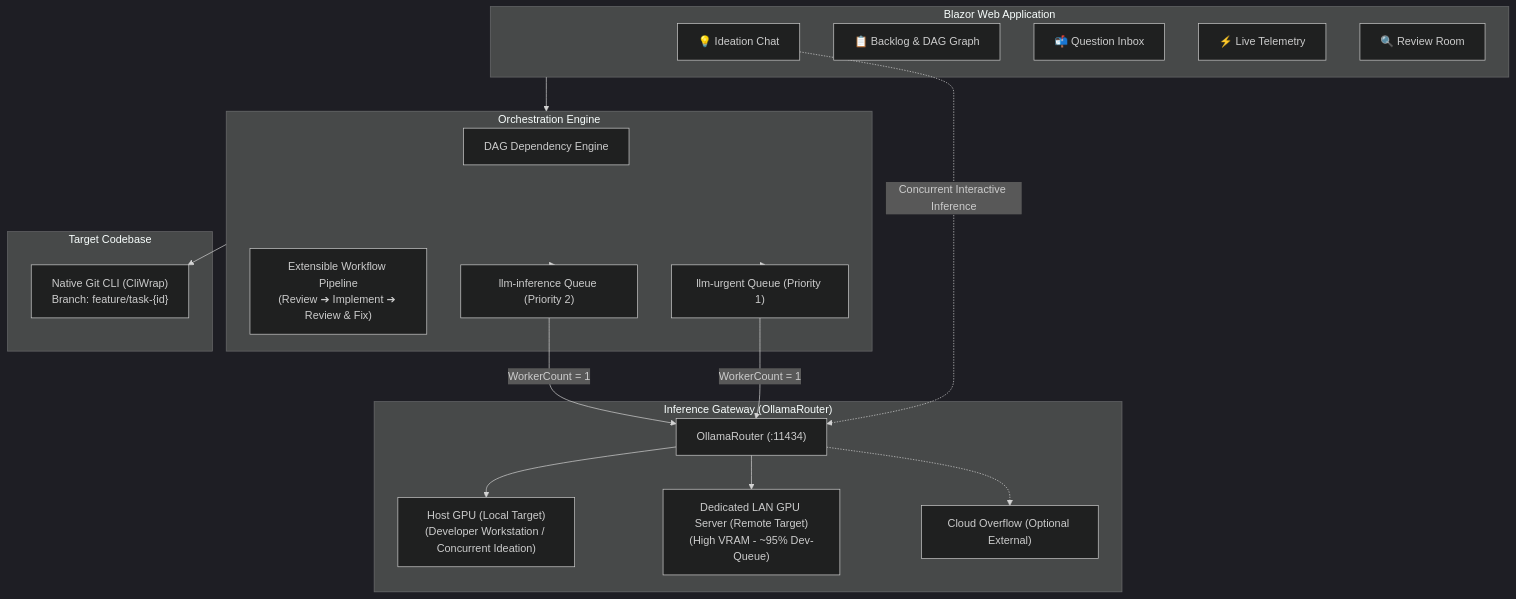
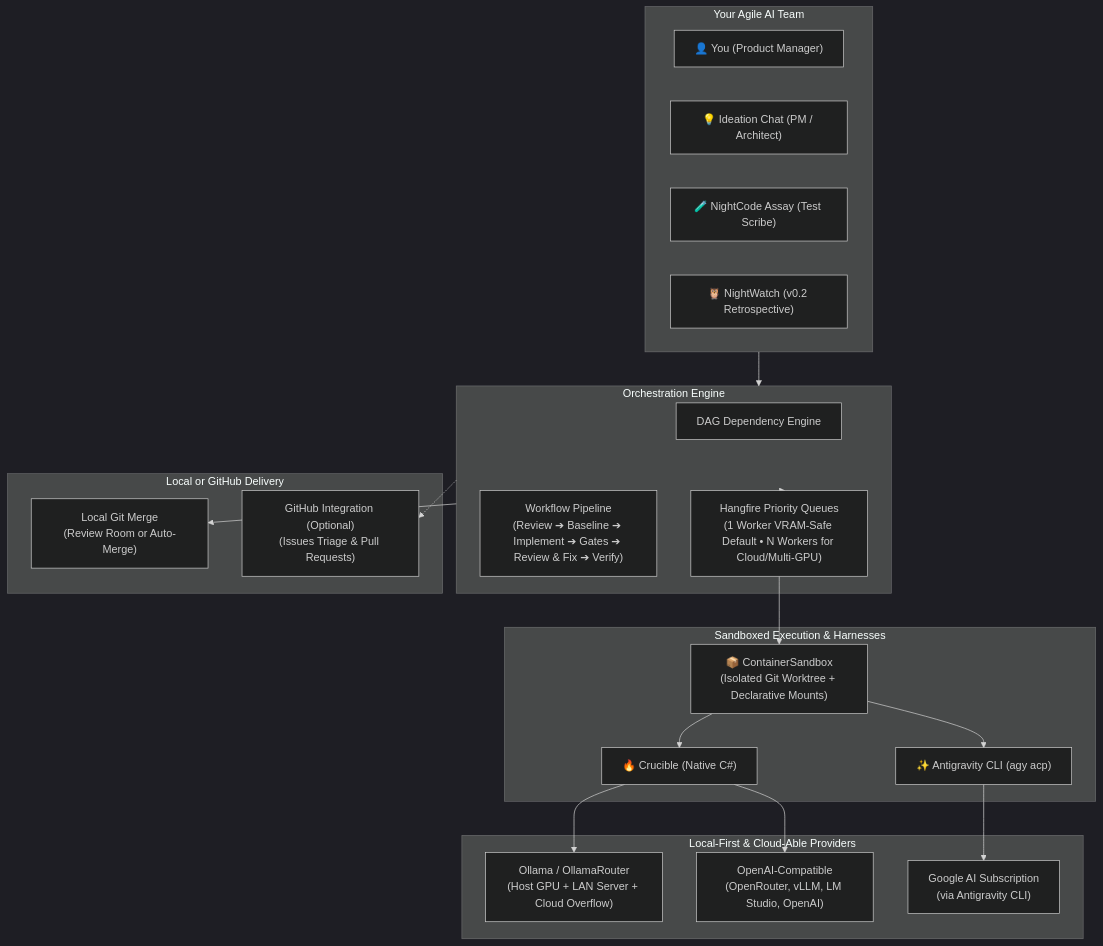
Before and after one commit to jetelain/NightCodeForge: the diagram in README.md, drawn with Mermaid (dark theme). The commit also changed other lines of this file and 3 other files, not shown here.

````diff
--- a/README.md
+++ b/README.md
@@ -129,39 +99,43 @@
 ```mermaid
 flowchart TD
-    subgraph UI ["Blazor Web Application"]
-        Ideation["💡 Ideation Chat"]
-        Backlog["📋 Backlog & DAG Graph"]
-        Inbox["📬 Question Inbox"]
-        Monitor["⚡ Live Telemetry"]
-        Review["🔍 Review Room"]
+    subgraph Team ["Your Agile AI Team"]
+        PM["👤 You (Product Manager)"]
+        Ideation["💡 Ideation Chat (PM / Architect)"]
+        Assay["🧪 NightCode Assay (Test Scribe)"]
+        NightWatch["🦉 NightWatch (v0.2 Retrospective)"]
     end
 
     subgraph Core ["Orchestration Engine"]
         DepEngine["DAG Dependency Engine"]
-        Pipeline["Extensible Workflow Pipeline\n(Review ➔ Implement ➔ Review & Fix)"]
-        HangfireUrgent["llm-urgent Queue (Priority 1)"]
-        HangfireStandard["llm-inference Queue (Priority 2)"]
+        Pipeline["Workflow Pipeline\n(Review ➔ Baseline ➔ Implement ➔ Gates ➔ Review & Fix ➔ Verify)"]
+        Hangfire["Hangfire Priority Queues\n(1 Worker VRAM-Safe Default • N Workers for Cloud/Multi-GPU)"]
     end
 
-    subgraph Router ["Inference Gateway (OllamaRouter)"]
-        OllamaRouter["OllamaRouter (:11434)"]
-        LocalGPU["Host GPU (Local Target)\n(Developer Workstation / Concurrent Ideation)"]
-        RemoteServer["Dedicated LAN GPU Server (Remote Target)\n(High VRAM - ~95% Dev-Queue)"]
-        CloudOverflow["Cloud Overflow (Optional External)"]
+    subgraph Agents ["Sandboxed Execution & Harnesses"]
+        Sandbox["📦 ContainerSandbox\n(Isolated Git Worktree + Declarative Mounts)"]
+        Crucible["🔥 Crucible (Native C#)"]
+        Antigravity["✨ Antigravity CLI (agy acp)"]
     end
 
-    subgraph Workspace ["Target Codebase"]
-        GitCli["Native Git CLI (CliWrap)\nBranch: feature/task-{id}"]
+    subgraph Providers ["Local-First & Cloud-Able Providers"]
+        Ollama["Ollama / OllamaRouter\n(Host GPU + LAN Server + Cloud Overflow)"]
+        OpenAI["OpenAI-Compatible\n(OpenRouter, vLLM, LM Studio, OpenAI)"]
+        GoogleAI["Google AI Subscription\n(via Antigravity CLI)"]
     end
 
-    UI --> Core
-    Ideation -.->|Concurrent Interactive Inference| OllamaRouter
-    Core --> HangfireUrgent
-    Core --> HangfireStandard
-    HangfireUrgent -->|WorkerCount = 1| OllamaRouter
-    HangfireStandard -->|WorkerCount = 1| OllamaRouter
-    OllamaRouter --> LocalGPU
-    OllamaRouter --> RemoteServer
-    OllamaRouter -.-> CloudOverflow
-    Core --> GitCli
+    subgraph Delivery ["Local or GitHub Delivery"]
+        LocalGit["Local Git Merge\n(Review Room or Auto-Merge)"]
+        GitHub["GitHub Integration (Optional)\n(Issues Triage & Pull Requests)"]
+    end
+
+    Team --> Core
+    Core --> Hangfire
+    Hangfire --> Sandbox
+    Sandbox --> Crucible
+    Sandbox --> Antigravity
+    Crucible --> Ollama
+    Crucible --> OpenAI
+    Antigravity --> GoogleAI
+    Core --> LocalGit
+    Core -.-> GitHub
 ```
````
